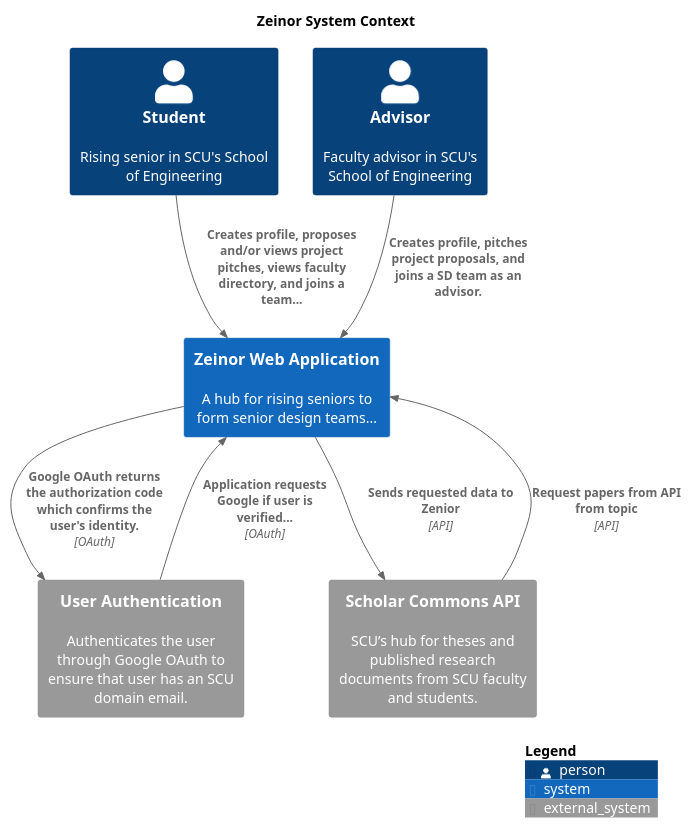
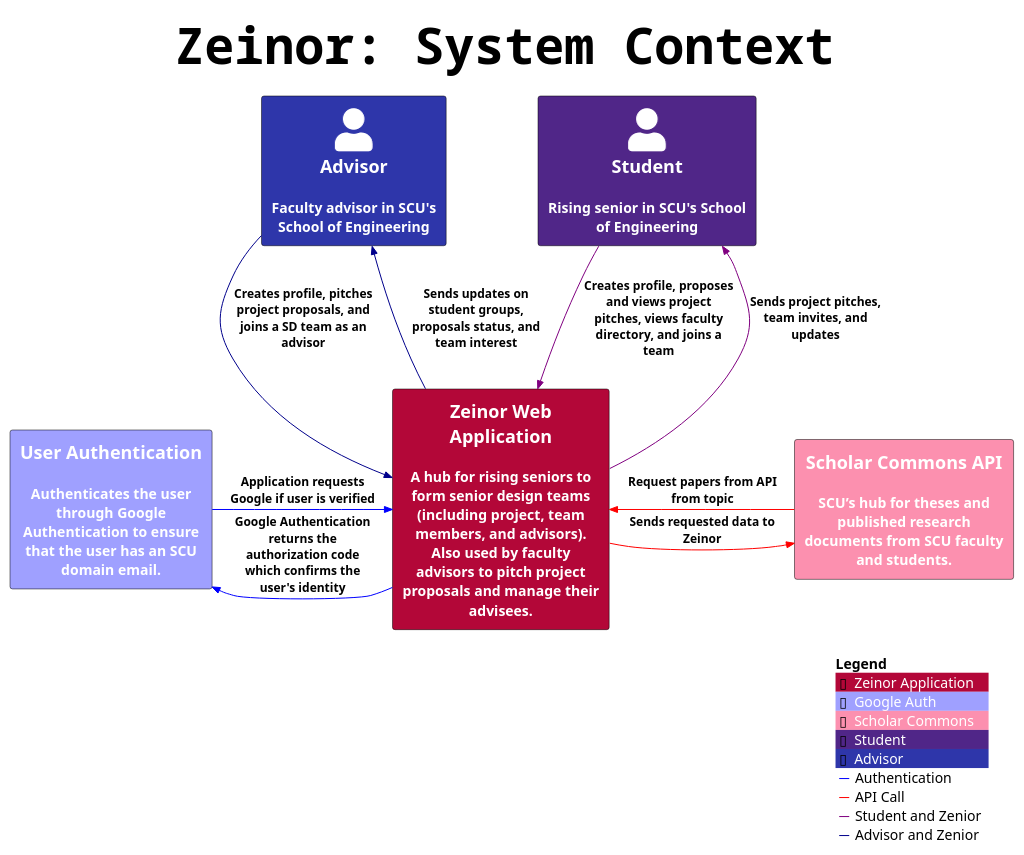
Before and after one commit to CSEN-SCU/csen-174-f24-project-zenior: the diagram in diagrams/puml/systemcontext.puml, drawn with PlantUML. The commit also changed 4 other files, not shown here.

First line of the commit message:
Added Container Diagram

```diff
--- a/diagrams/puml/systemcontext.puml
+++ b/diagrams/puml/systemcontext.puml
@@ -1,27 +1,36 @@
-@startuml System Context
+@startuml
 !include https://raw.githubusercontent.com/plantuml-stdlib/C4-PlantUML/master/C4_Container.puml
+skinparam titleFontSize 50
+skinparam titleFontName Courier
 
-title Zeinor System Context
+title Zeinor: System Context
 
-' Define the external entities
-Person(student, "Student", "Rising senior in SCU's School of Engineering")
-Person(advisor, "Advisor", "Faculty advisor in SCU's School of Engineering")
+AddElementTag("Zeinor Application", $bgColor="#B30738", $fontColor="white", $borderColor="black")
+AddElementTag("Google Auth", $bgColor="#9fa0ff", $fontColor="white", $borderColor="black")
+AddElementTag("Scholar Commons", $bgColor="#fc90af", $fontColor="white", $borderColor="black")
+AddElementTag("Student", $bgColor="#502688", $fontColor="white", $borderColor="black")
+AddElementTag("Advisor", $bgColor="#2e36aa", $fontColor="white", $borderColor="black")
 
-' Define the software system
-System(zwa, "Zeinor Web Application", "A hub for rising seniors to form senior design teams...")
+Person(student, "**Student**", "**Rising senior in SCU's School of Engineering**", $tags="Student")
+Person(advisor, "**Advisor**", "**Faculty advisor in SCU's School of Engineering**", $tags="Advisor")
 
-' Define external systems
-System_Ext(auth, "User Authentication", "Authenticates the user through Google OAuth to ensure that user has an SCU domain email.")
-System_Ext(api, "Scholar Commons API", "SCU’s hub for theses and published research documents from SCU faculty and students.")
+System(zwa, "**Zeinor Web Application**", "**A hub for rising seniors to form senior design teams (including project, team members, and advisors). Also used by faculty advisors to pitch project proposals and manage their advisees.**", $tags="Zeinor Application")
+System_Ext(auth, "**User Authentication**", "**Authenticates the user through Google Authentication to ensure that the user has an SCU domain email.**", $tags="Google Auth")
+System_Ext(api, "**Scholar Commons API**", "**SCU’s hub for theses and published research documents from SCU faculty and students.**", $tags="Scholar Commons")
 
-' Relationships
-Rel(student, zwa, "Creates profile, proposes and/or views project pitches, views faculty directory, and joins a team...")
-Rel(advisor, zwa, "Creates profile, pitches project proposals, and joins a SD team as an advisor.")
-Rel(auth, zwa, "Application requests Google if user is verified...", "OAuth")
-Rel(zwa, auth, "Google OAuth returns the authorization code which confirms the user's identity.", "OAuth")
-Rel(zwa, api, "Sends requested data to Zenior", "API")
-Rel(api, zwa, "Request papers from API from topic", "API")
+AddRelTag("Authentication", $lineColor="blue", $textColor="black")
+AddRelTag("API Call", $lineColor="red", $textColor="black")
+AddRelTag("Student and Zenior", $lineColor="purple", $textColor="black")
+AddRelTag("Advisor and Zenior", $lineColor="darkblue", $textColor="black")
+
+Rel_D(student, zwa, "Creates profile, proposes and views project pitches, views faculty directory, and joins a team", $tags="Student and Zenior")
+Rel_D(advisor, zwa, "Creates profile, pitches project proposals, and joins a SD team as an advisor", $tags="Advisor and Zenior")
+Rel_L(auth, zwa, "Application requests Google if user is verified", $tags="Authentication")
+Rel_R(zwa, api, "Sends requested data to Zeinor", $tags="API Call")
+Rel_L(zwa, auth, "Google Authentication returns the authorization code which confirms the user's identity", $tags="Authentication")
+Rel_R(api, zwa, "Request papers from API from topic", $tags="API Call")
+Rel_U(zwa, student, "Sends project pitches, team invites, and updates", $tags="Student and Zenior")
+Rel_U(zwa, advisor, "Sends updates on student groups, proposals status, and team interest", $tags="Advisor and Zenior")
 
 SHOW_LEGEND()
-
 @enduml
```
